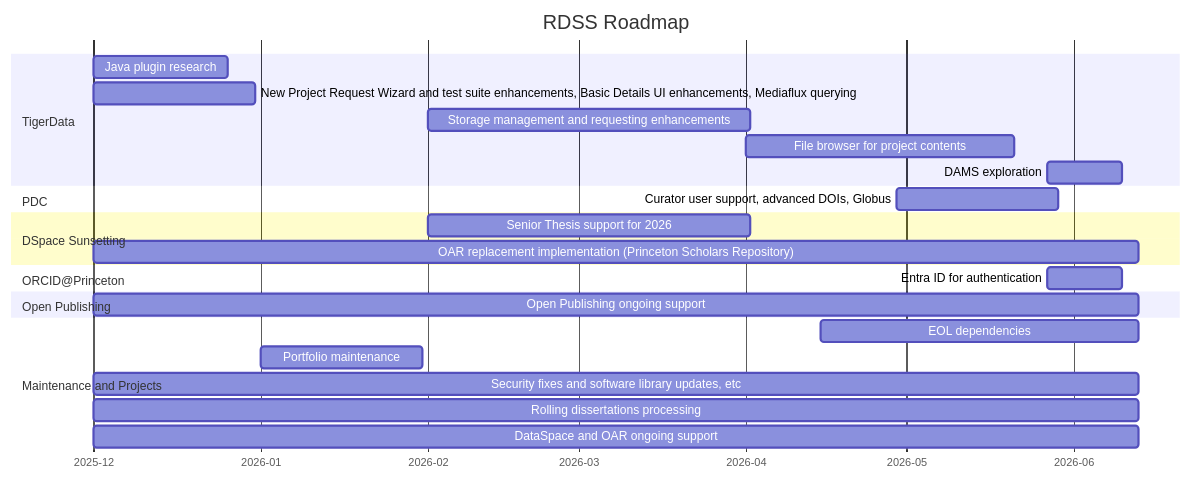
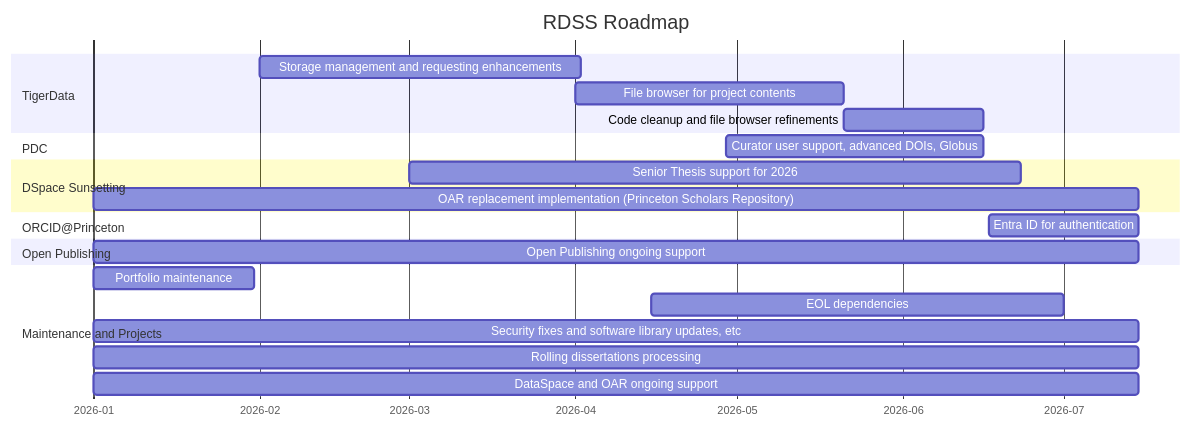
One commit to pulibrary/rdss-handbook changed the diagram in roadmap.md. Above: the diagram before and after it, drawn with Mermaid.

Commit message:
Updated roadmap for June and July (#368)

````diff
--- a/roadmap.md
+++ b/roadmap.md
@@ -5,32 +5,31 @@
 ```mermaid
 gantt
     title RDSS Roadmap
     axisFormat  %Y-%m
     dateformat YYYY-MM
 
     section TigerData
-    Java plugin research: td8, 2025-12-01, 25d
-    New Project Request Wizard and test suite enhancements, Basic Details UI enhancements, Mediaflux querying: td7, 2025-12-01,30d
     Storage management and requesting enhancements: 2026-02-01, 60d
     File browser for project contents: 2026-04-01, 50d
-    DAMS exploration: 2026-05-27, 14d
+    Code cleanup and file browser refinements: 2026-05-21, 26d
 
     section PDC
-    Curator user support, advanced DOIs, Globus: pdc1, 2026-04-29, 30d
+    Curator user support, advanced DOIs, Globus: pdc1, 2026-04-29, 48d
+    
     section DSpace Sunsetting
-    Senior Thesis support for 2026: dsp3, 2026-02-01, 60d
-    OAR replacement implementation (Princeton Scholars Repository): dsps5, 2025-12-01, 194d
+    Senior Thesis support for 2026: dsp3, 2026-03-01, 114d
+    OAR replacement implementation (Princeton Scholars Repository): dsps5, 2026-01-01, 195d
 
     section ORCID@Princeton
-    Entra ID for authentication: orc1,2026-05-27, 14d
+    Entra ID for authentication: orc1,2026-06-17, 28d
 
     section Open Publishing
-    Open Publishing ongoing support: dsp3,2025-12-01, 194d
+    Open Publishing ongoing support: dsp3,2026-01-01, 195d
 
     section Maintenance and Projects
-    EOL dependencies: 2026-04-15,59d
     Portfolio maintenance: 2026-01-01, 30d
-    Security fixes and software library updates, etc: dsp1,2025-12-01,194d
-    Rolling dissertations processing: dsp2,2025-12-01,194d
-    DataSpace and OAR ongoing support: dsp3,2025-12-01,194d
+    EOL dependencies: 2026-04-15,77d
+    Security fixes and software library updates, etc: dsp1,2026-01-01, 195d
+    Rolling dissertations processing: dsp2,2026-01-01, 195d
+    DataSpace and OAR ongoing support: dsp3,2026-01-01, 195d
 ```
````
